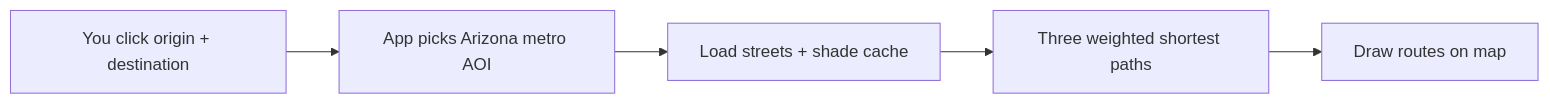
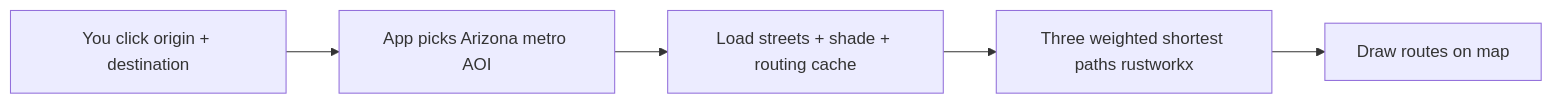
Before and after one commit to HastiPatel05/UmbraStride: the diagram in README.md, drawn with Mermaid. The commit also changed other lines of this file and 26 other files, not shown here.

````diff
--- a/README.md
+++ b/README.md
@@ -38,7 +39,7 @@
 ```mermaid
 flowchart LR
   A[You click origin + destination] --> B[App picks Arizona metro AOI]
-  B --> C[Load streets + shade cache]
-  C --> D[Three weighted shortest paths]
+  B --> C[Load streets + shade + routing cache]
+  C --> D[Three weighted shortest paths rustworkx]
   D --> E[Draw routes on map]
 ```
````
